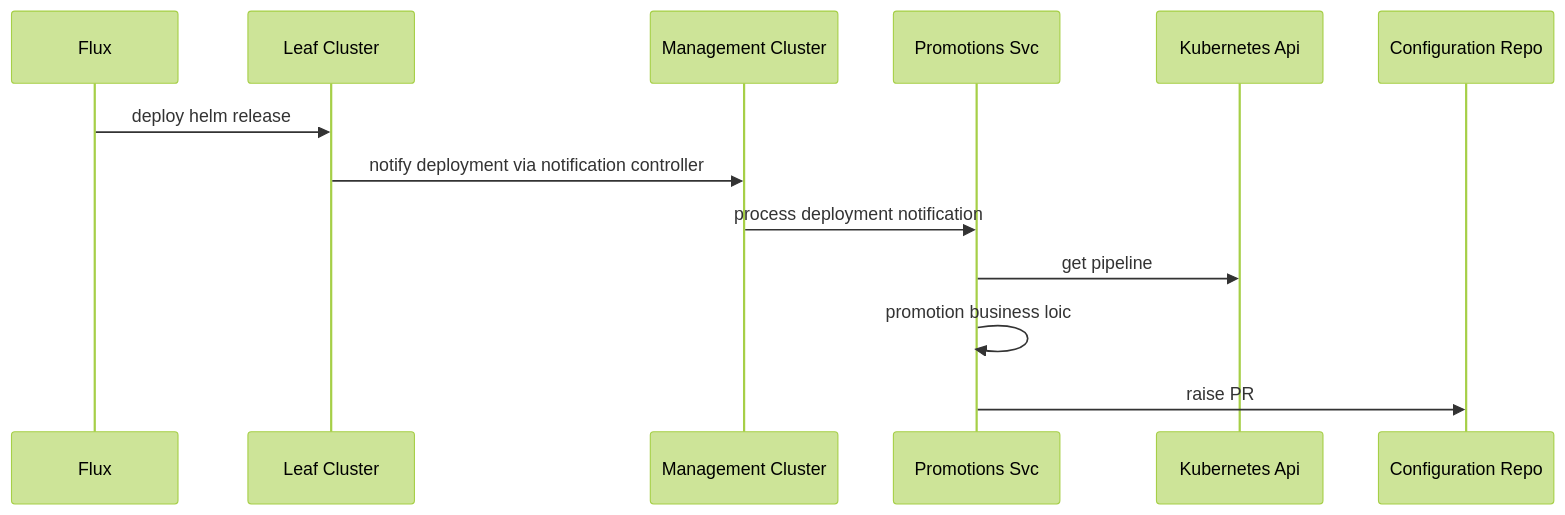
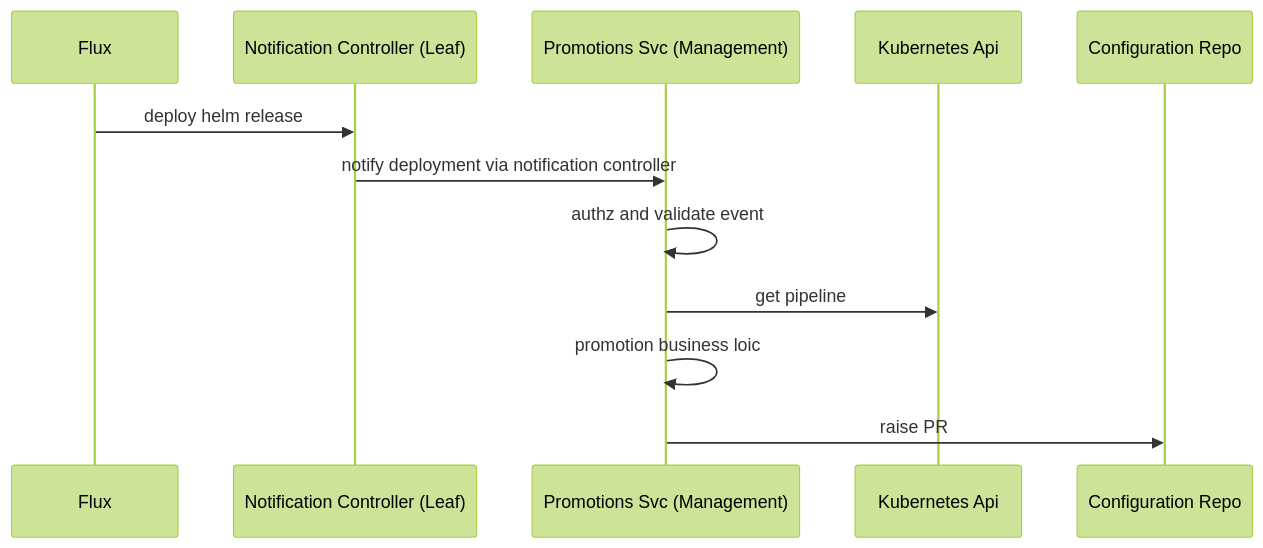
The fourth of 4 diagrams in docs/rfcs/0003-pipelines-promotion/README.md (weaveworks/weave-gitops-private), drawn with Mermaid (forest theme) before and after one commit. The commit also changed other lines of this file, not shown here.

Commit message:
promotions rfc reviewed

````diff
--- a/docs/rfcs/0003-pipelines-promotion/README.md
+++ b/docs/rfcs/0003-pipelines-promotion/README.md
@@ -215,16 +214,15 @@
 ```mermaid
    sequenceDiagram
     participant F as Flux
-    participant LC as Leaf Cluster
-    participant MC as Management Cluster
+    participant LC as Notification Controller (Leaf)
     F->>LC: deploy helm release
-    LC->>MC: notify deployment via notification controller    
-    MC->>PS: process deployment notification
-    participant PS as Promotions Svc
+    LC->>PS: notify deployment via notification controller    
+    participant PS as Promotions Svc (Management)
+    PS->>PS: authz and validate event
     participant k8s as Kubernetes Api
     PS->>k8s: get pipeline
     PS->>PS: promotion business loic
     participant k8s as Kubernetes Api
     PS->>configRepo: raise PR
     participant configRepo as Configuration Repo
 ```
````
